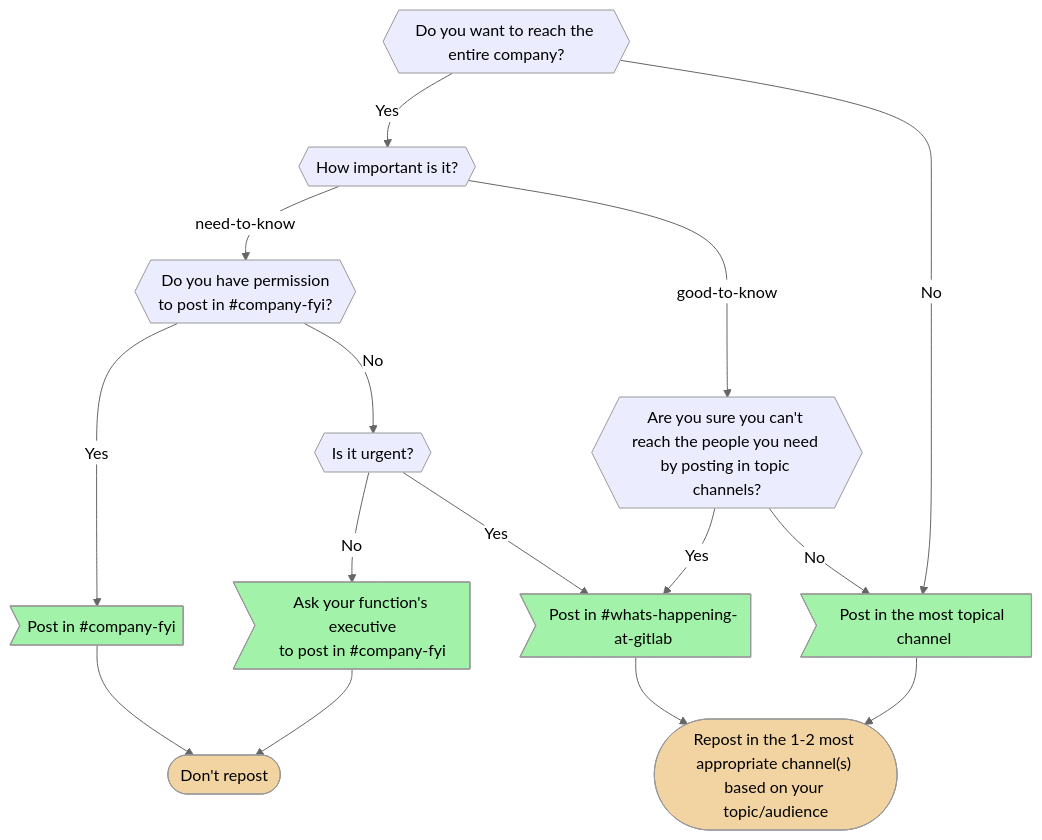
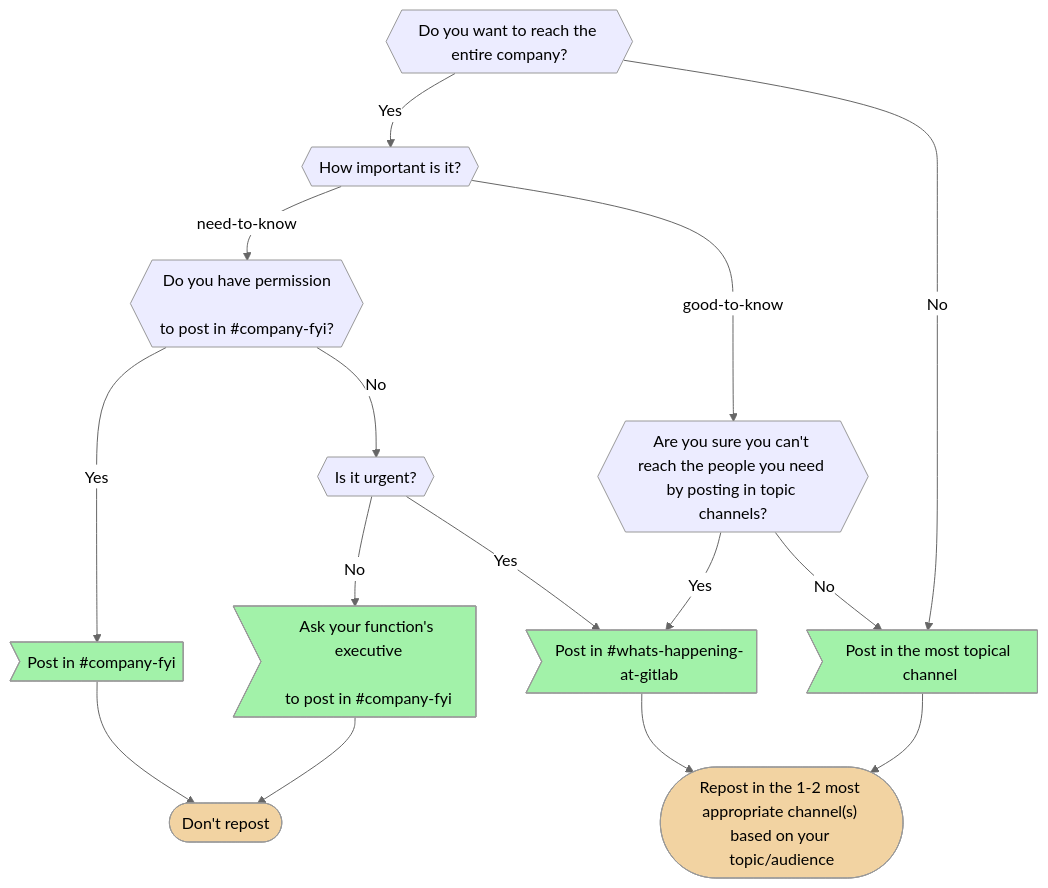
The diagram in communication/index.html.md (secretstartups/handbook), drawn with Mermaid (neutral theme) before and after one commit. The commit also changed other lines of this file, not shown here.

````diff
--- a/communication/index.html.md
+++ b/communication/index.html.md
@@ -209,45 +209,47 @@
-```mermaid
+``` mermaid
 graph TB
   everybody{{"Do you want to reach the entire company?"}}
   important{{"How important is it?"}}
-  permission{{"Do you have permission<br>to post in #company-fyi?"}}
+  permission{{"Do you have permission<br>
+to post in #company-fyi?"}}
   urgent{{"Is it urgent?"}}
   reconsider{{"Are you sure you can't reach the people you need by posting in topic channels?"}}
 
   channel-important>"Post in #company-fyi"]
-  channel-important-ask>"Ask your function's executive<br>to post in #company-fyi"]
+  channel-important-ask>"Ask your function's executive<br>
+to post in #company-fyi"]
   channel-general>"Post in #whats-happening-at-gitlab"]
   channel-topic>"Post in the most topical channel"]
 
   repost(["Repost in the 1-2 most appropriate channel(s) based on your topic/audience"])
   no-repost(["Don't repost"])
 
   classDef question fill: #ECECFF
   class everybody,important,permission,urgent,reconsider question;
 
   classDef action fill: #a2f2a9
   class channel-important,channel-important-ask,channel-general,channel-topic,repost,no-repost action;
 
   classDef repost fill: #f2d3a2
   class repost,no-repost repost;
 
   everybody -- Yes --> important
   everybody -- No  --> channel-topic
 
   important -- need-to-know --> permission
   important -- good-to-know --> reconsider
 
   permission -- Yes --> channel-important
   permission -- No  --> urgent
 
   reconsider -- Yes --> channel-general
   reconsider -- No --> channel-topic
 
   urgent -- No  --> channel-important-ask
   urgent -- Yes --> channel-general
 
   channel-topic --> repost
   channel-general --> repost
   channel-important --> no-repost
   channel-important-ask --> no-repost
 ```
````
